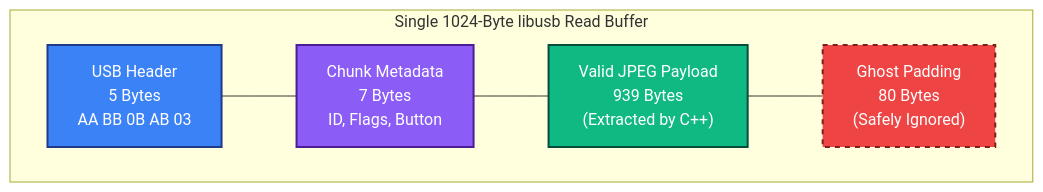
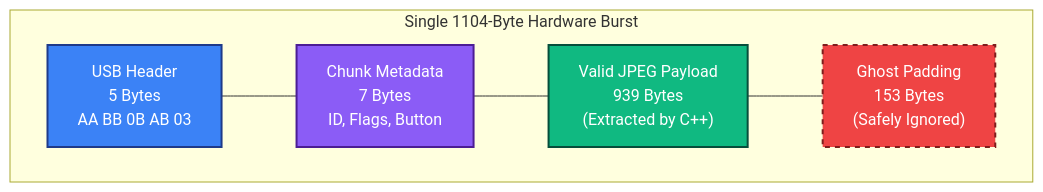
One commit to jerometerry/pi-borescope-streamer changed the second of 2 diagrams in UseeplusProtocol.md. Above: the diagram before and after it, drawn with Mermaid. The commit also changed other lines of this file, not shown here.

````diff
--- a/UseeplusProtocol.md
+++ b/UseeplusProtocol.md
@@ -204,19 +209,20 @@
 ```mermaid
 flowchart LR
-    subgraph Buffer ["Single 1024-Byte libusb Read Buffer"]
+    subgraph Buffer ["Single 1104-Byte Hardware Burst"]
         direction LR
         
         H["USB Header<br/>5 Bytes<br/>AA BB 0B AB 03"]
         M["Chunk Metadata<br/>7 Bytes<br/>ID, Flags, Button"]
         P["Valid JPEG Payload<br/>939 Bytes<br/>(Extracted by C++)"]
-        G["Ghost Padding<br/>80 Bytes<br/>(Safely Ignored)"]
+        G["Ghost Padding<br/>153 Bytes<br/>(Safely Ignored)"]
 
         H --- M --- P --- G
     end
 
     %% Visual Styling
     style H fill:#3b82f6,stroke:#1e3a8a,stroke-width:2px,color:#fff
     style M fill:#8b5cf6,stroke:#4c1d95,stroke-width:2px,color:#fff
     style P fill:#10b981,stroke:#064e3b,stroke-width:2px,color:#fff
     style G fill:#ef4444,stroke:#7f1d1d,stroke-width:2px,stroke-dasharray: 5 5,color:#fff
+
 ```
````
